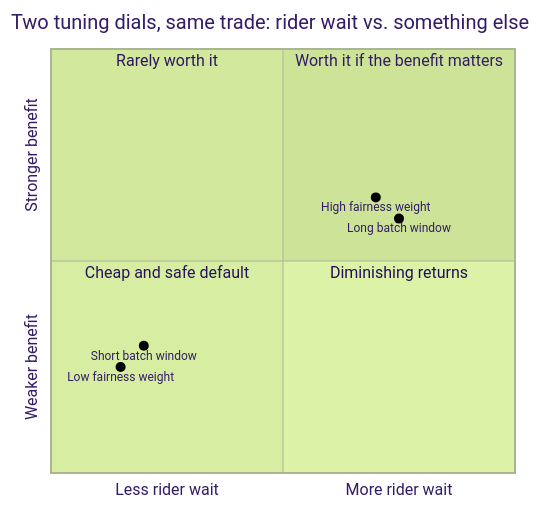
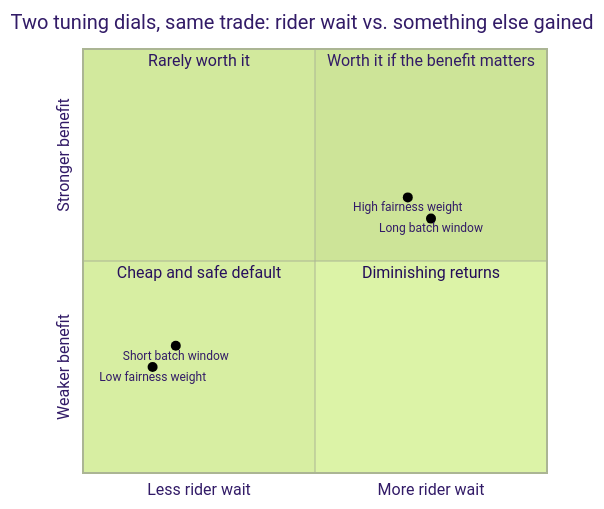
The ninth of 11 diagrams in system-design/HLD/0-course/62-Design-Ubers-Driver-Dispatch-System-FAANG-Guide-story.md (riyaz-pasha/Learnings), drawn with Mermaid (forest theme) before and after one commit. The commit also changed other lines of this file and 1 other file, not shown here.

Commit message:
[REWRITE] Uber Driver Dispatch System story guide: simplify prose, add structure, fix diagrams

````diff
--- a/system-design/HLD/0-course/62-Design-Ubers-Driver-Dispatch-System-FAANG-Guide-story.md
+++ b/system-design/HLD/0-course/62-Design-Ubers-Driver-Dispatch-System-FAANG-Guide-story.md
@@ -426,14 +628,14 @@
 ```mermaid
 quadrantChart
-    title Two tuning dials, same trade: rider wait vs. something else
+    title Two tuning dials, same trade: rider wait vs. something else gained
     x-axis Less rider wait --> More rider wait
     y-axis Weaker benefit --> Stronger benefit
     quadrant-1 Worth it if the benefit matters
     quadrant-2 Rarely worth it
     quadrant-3 Cheap and safe default
     quadrant-4 Diminishing returns
     Short batch window: [0.2, 0.3]
     Long batch window: [0.75, 0.6]
     Low fairness weight: [0.15, 0.25]
     High fairness weight: [0.7, 0.65]
 ```
````
